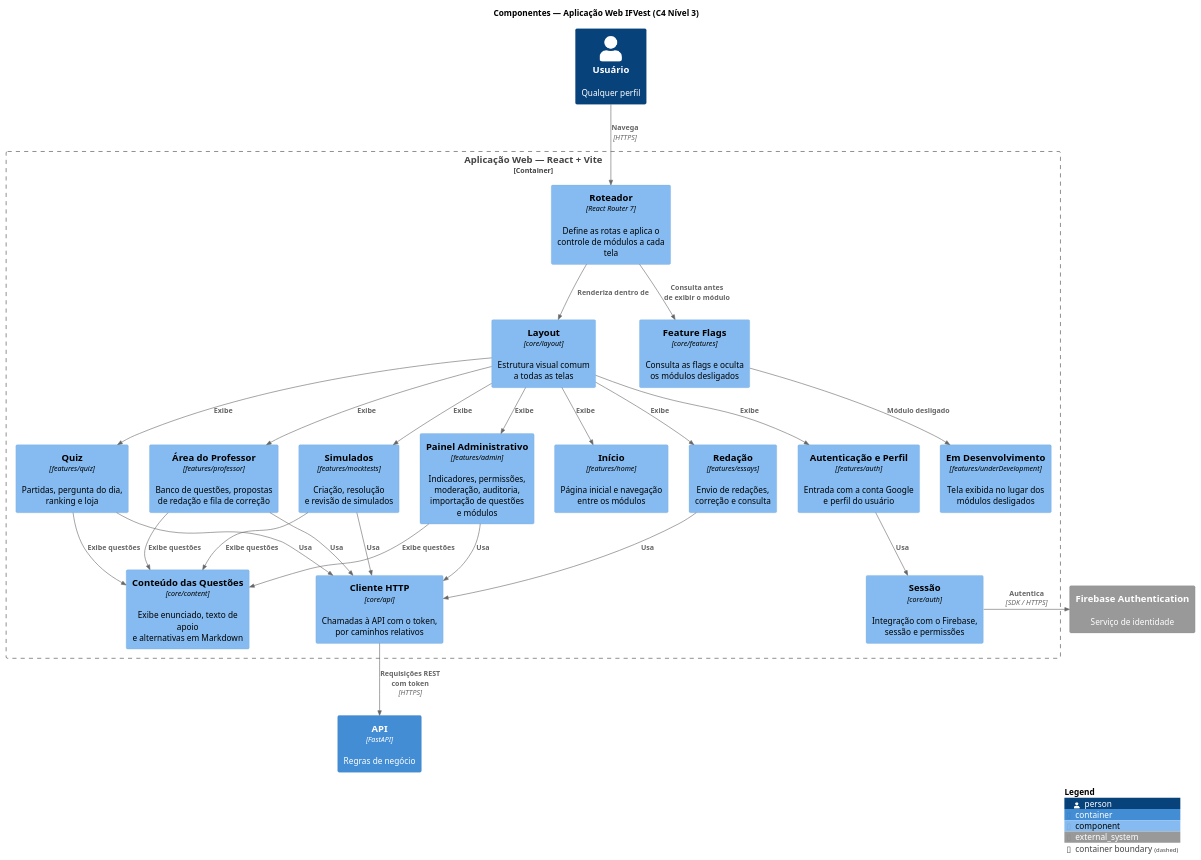
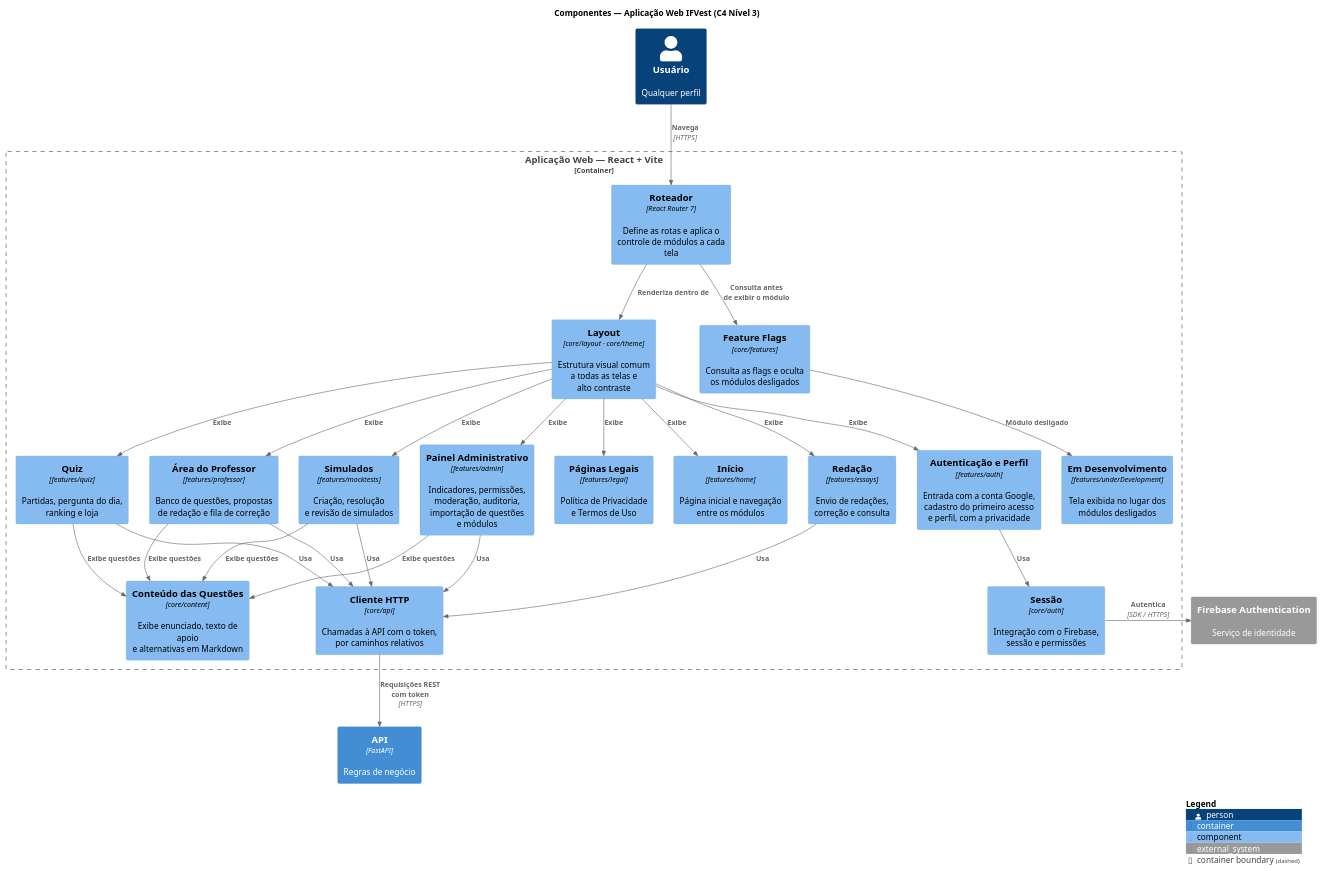
The diagram in docs/diagrams/src/c4_l3_componentes_4.puml (ifvest-project/ifvest-docs), drawn with PlantUML before and after one commit. The commit also changed 23 other files, not shown here.

Commit message:
docs: documentar a LGPD, o alto contraste e o fim das permissões automáticas e atualizar com o monorepo até e4d7eef

```diff
--- a/docs/diagrams/src/c4_l3_componentes_4.puml
+++ b/docs/diagrams/src/c4_l3_componentes_4.puml
@@ -1,61 +1,63 @@
 @startuml C4_Componentes_Frontend
 !include https://raw.githubusercontent.com/plantuml-stdlib/C4-PlantUML/master/C4_Component.puml
 
 title Componentes — Aplicação Web IFVest (C4 Nível 3)
 
 LAYOUT_TOP_DOWN()
 
 Person(usuario, "Usuário", "Qualquer perfil")
 
 Container_Boundary(web, "Aplicação Web — React + Vite") {
     Component(router, "Roteador", "React Router 7", "Define as rotas e aplica o\ncontrole de módulos a cada tela")
-    Component(layout, "Layout", "core/layout", "Estrutura visual comum\na todas as telas")
+    Component(layout, "Layout", "core/layout · core/theme", "Estrutura visual comum\na todas as telas e\nalto contraste")
 
     Component(f_home, "Início", "features/home", "Página inicial e navegação\nentre os módulos")
     Component(f_quiz, "Quiz", "features/quiz", "Partidas, pergunta do dia,\nranking e loja")
     Component(f_mock, "Simulados", "features/mocktests", "Criação, resolução\ne revisão de simulados")
     Component(f_essays, "Redação", "features/essays", "Envio de redações,\ncorreção e consulta")
     Component(f_prof, "Área do Professor", "features/professor", "Banco de questões, propostas\nde redação e fila de correção")
     Component(f_admin, "Painel Administrativo", "features/admin", "Indicadores, permissões,\nmoderação, auditoria,\nimportação de questões\ne módulos")
-    Component(f_auth, "Autenticação e Perfil", "features/auth", "Entrada com a conta Google\ne perfil do usuário")
+    Component(f_auth, "Autenticação e Perfil", "features/auth", "Entrada com a conta Google,\ncadastro do primeiro acesso\ne perfil, com a privacidade")
+    Component(f_legal, "Páginas Legais", "features/legal", "Política de Privacidade\ne Termos de Uso")
     Component(f_dev, "Em Desenvolvimento", "features/underDevelopment", "Tela exibida no lugar dos\nmódulos desligados")
 
     Component(c_api, "Cliente HTTP", "core/api", "Chamadas à API com o token,\npor caminhos relativos")
     Component(c_auth, "Sessão", "core/auth", "Integração com o Firebase,\nsessão e permissões")
     Component(c_feat, "Feature Flags", "core/features", "Consulta as flags e oculta\nos módulos desligados")
     Component(c_content, "Conteúdo das Questões", "core/content", "Exibe enunciado, texto de apoio\ne alternativas em Markdown")
 }
 
 Container(api, "API", "FastAPI", "Regras de negócio")
 System_Ext(firebase, "Firebase Authentication", "Serviço de identidade")
 
 Rel_D(usuario, router, "Navega", "HTTPS")
 Rel_D(router, layout, "Renderiza dentro de")
 Rel_D(router, c_feat, "Consulta antes\nde exibir o módulo")
 Rel_D(c_feat, f_dev, "Módulo desligado")
 
 Rel_D(layout, f_home, "Exibe")
+Rel_D(layout, f_legal, "Exibe")
 Rel_D(layout, f_quiz, "Exibe")
 Rel_D(layout, f_mock, "Exibe")
 Rel_D(layout, f_essays, "Exibe")
 Rel_D(layout, f_prof, "Exibe")
 Rel_D(layout, f_admin, "Exibe")
 Rel_D(layout, f_auth, "Exibe")
 
 Rel_D(f_quiz, c_api, "Usa")
 Rel_D(f_mock, c_api, "Usa")
 Rel_D(f_essays, c_api, "Usa")
 Rel_D(f_prof, c_api, "Usa")
 Rel_D(f_admin, c_api, "Usa")
 Rel_D(f_auth, c_auth, "Usa")
 
 Rel_D(f_quiz, c_content, "Exibe questões")
 Rel_D(f_mock, c_content, "Exibe questões")
 Rel_D(f_prof, c_content, "Exibe questões")
 Rel_D(f_admin, c_content, "Exibe questões")
 
 Rel_R(c_auth, firebase, "Autentica", "SDK / HTTPS")
 Rel_D(c_api, api, "Requisições REST\ncom token", "HTTPS")
 
 SHOW_LEGEND()
 @enduml
```
